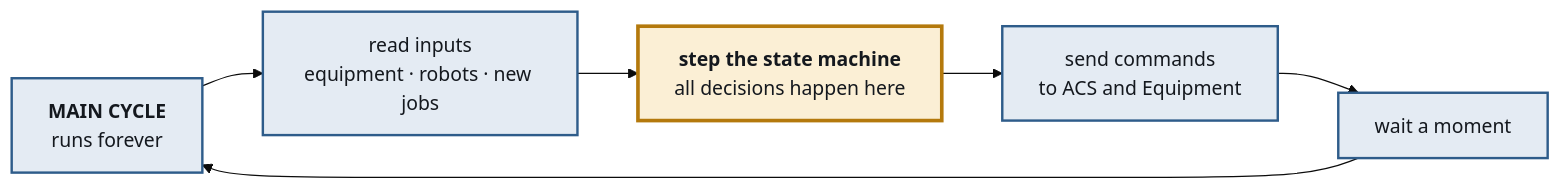
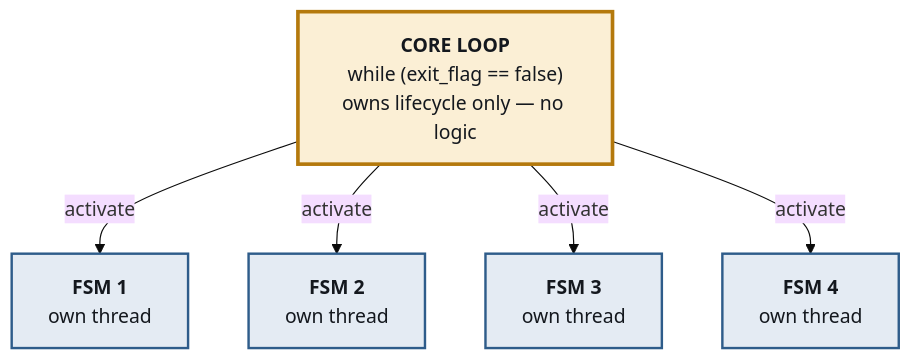
The third of 5 diagrams in ARCHITECTURE.md (kuks2309/BIG-AMR), drawn with Mermaid (base theme) before and after one commit. The commit also changed other lines of this file, not shown here.

````diff
--- a/ARCHITECTURE.md
+++ b/ARCHITECTURE.md
@@ -239,13 +242,18 @@
 ```mermaid
-flowchart LR
-    A["<b>MAIN CYCLE</b><br/>runs forever"] --> B["read inputs<br/>equipment · robots · new jobs"]
-    B --> C["<b>step the state machine</b><br/>all decisions happen here"]
-    C --> D["send commands<br/>to ACS and Equipment"]
-    D --> E["wait a moment"]
-    E --> A
+flowchart TB
+    CORE["<b>CORE LOOP</b><br/>while (exit_flag == false)<br/>owns lifecycle only — no logic"]
+    F1["<b>FSM 1</b><br/>own thread"]
+    F2["<b>FSM 2</b><br/>own thread"]
+    F3["<b>FSM 3</b><br/>own thread"]
+    F4["<b>FSM 4</b><br/>own thread"]
 
-    classDef hot fill:#FBEFD5,stroke:#B4790C,stroke-width:3px,color:#14181E
-    classDef norm fill:#E4EBF3,stroke:#2E5C8A,stroke-width:2px,color:#14181E
-    class C hot
-    class A,B,D,E norm
+    CORE -->|activate| F1
+    CORE -->|activate| F2
+    CORE -->|activate| F3
+    CORE -->|activate| F4
+
+    classDef sup fill:#FBEFD5,stroke:#B4790C,stroke-width:3px,color:#14181E
+    classDef fsm fill:#E4EBF3,stroke:#2E5C8A,stroke-width:2px,color:#14181E
+    class CORE sup
+    class F1,F2,F3,F4 fsm
 ```
````
